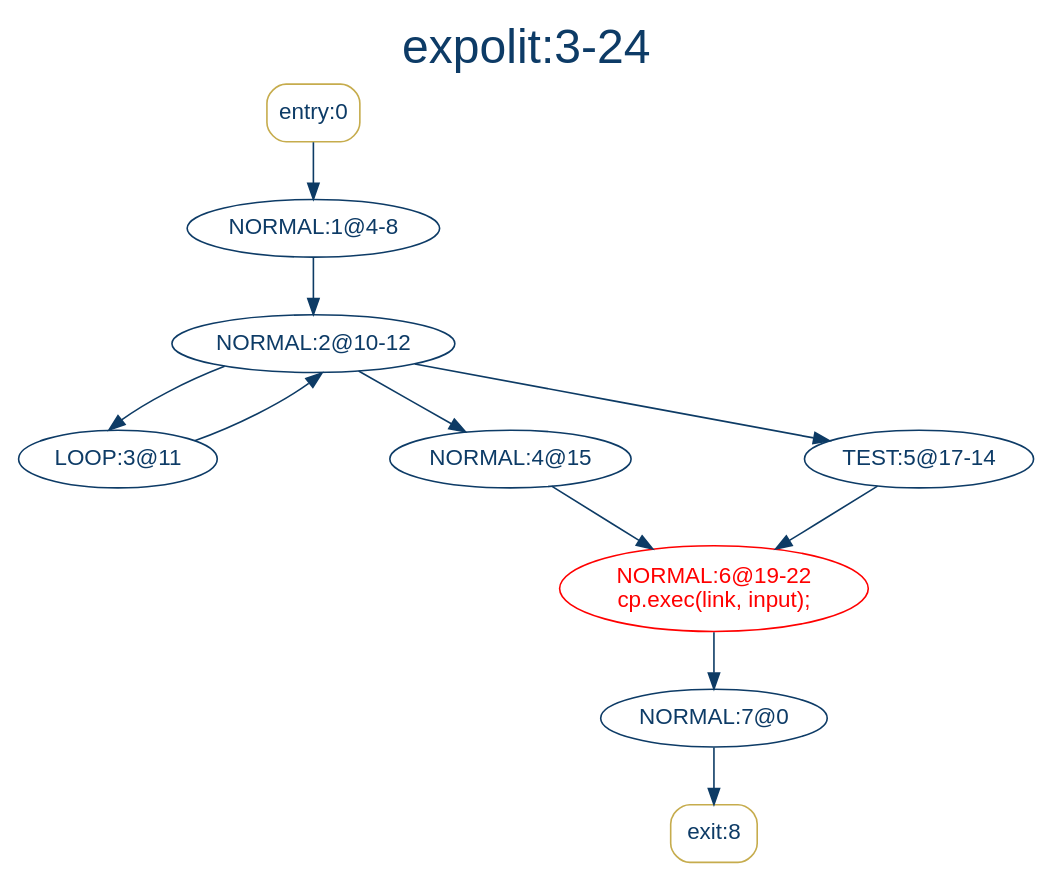
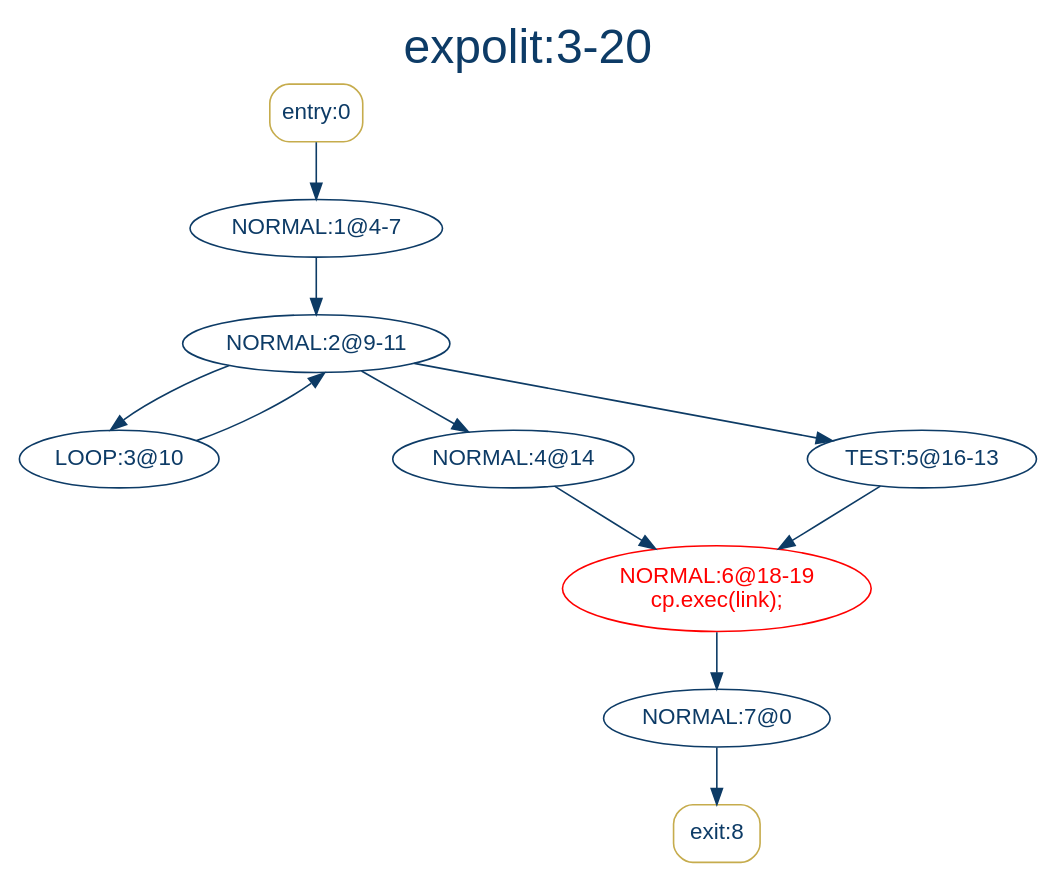
Before and after one commit to akenofu/jsat: the diagram in output/expolit.dot, drawn with Graphviz. The commit also changed 136 other files, not shown here.

```diff
--- a/output/expolit.dot
+++ b/output/expolit.dot
@@ -1,40 +1,40 @@
-// expolit:3-24
-digraph "expolit:3-24" {
+// expolit:3-20
+digraph "expolit:3-20" {
     default = "#0D3B66";
     bgcolor = "white";
     color = "#0D3B66";
     fontcolor = "#0D3B66";
     fontname = "arial";
     shape = "ellipse";
     nodesep = "1.5";
     margin = "0.5, 0.2";
     labelloc="t";
-    label="expolit:3-24";
+    label="expolit:3-20";
     fontsize=30
     node [color = "#0D3B66", fontcolor = "#0D3B66", fontname = "arial", style = "rounded"];
     0 [label = "entry:0", color = "#C6AC4D", fontcolor = "#0D3B66", fontname = "arial", style = "rounded", shape = "box"];
     8 [label = "exit:8", color = "#C6AC4D", fontcolor = "#0D3B66", fontname = "arial", style = "rounded", shape = "box"];
-    1 [label = "NORMAL:1@4-8"];
-    2 [label = "NORMAL:2@10-12"];
-    3 [label = "LOOP:3@11"];
-    4 [label = "NORMAL:4@15"];
-    5 [label = "TEST:5@17-14"];
-    6 [label = "NORMAL:6@19-22\ncp.exec(link, input);"color = "#FF0000", fontcolor = "#FF0000", fontname = "arial"];
+    1 [label = "NORMAL:1@4-7"];
+    2 [label = "NORMAL:2@9-11"];
+    3 [label = "LOOP:3@10"];
+    4 [label = "NORMAL:4@14"];
+    5 [label = "TEST:5@16-13"];
+    6 [label = "NORMAL:6@18-19\ncp.exec(link);"color = "#FF0000", fontcolor = "#FF0000", fontname = "arial"];
     7 [label = "NORMAL:7@0"];
     
     // Unconditional edges
     edge [color = "#0D3B65", fontcolor = "#0D3B66", fontname = "arial"];
     0 -> 1
     1 -> 2
     2 -> 3
     2 -> 4
     2 -> 5
     3 -> 2
     4 -> 6
     5 -> 6
     6 -> 7
     7 -> 8
     
     // Conditional edges
     edge [color = "#F95738", fontcolor = "#F95738", fontname = "arial italic", style = "dashed"];
 }
```
